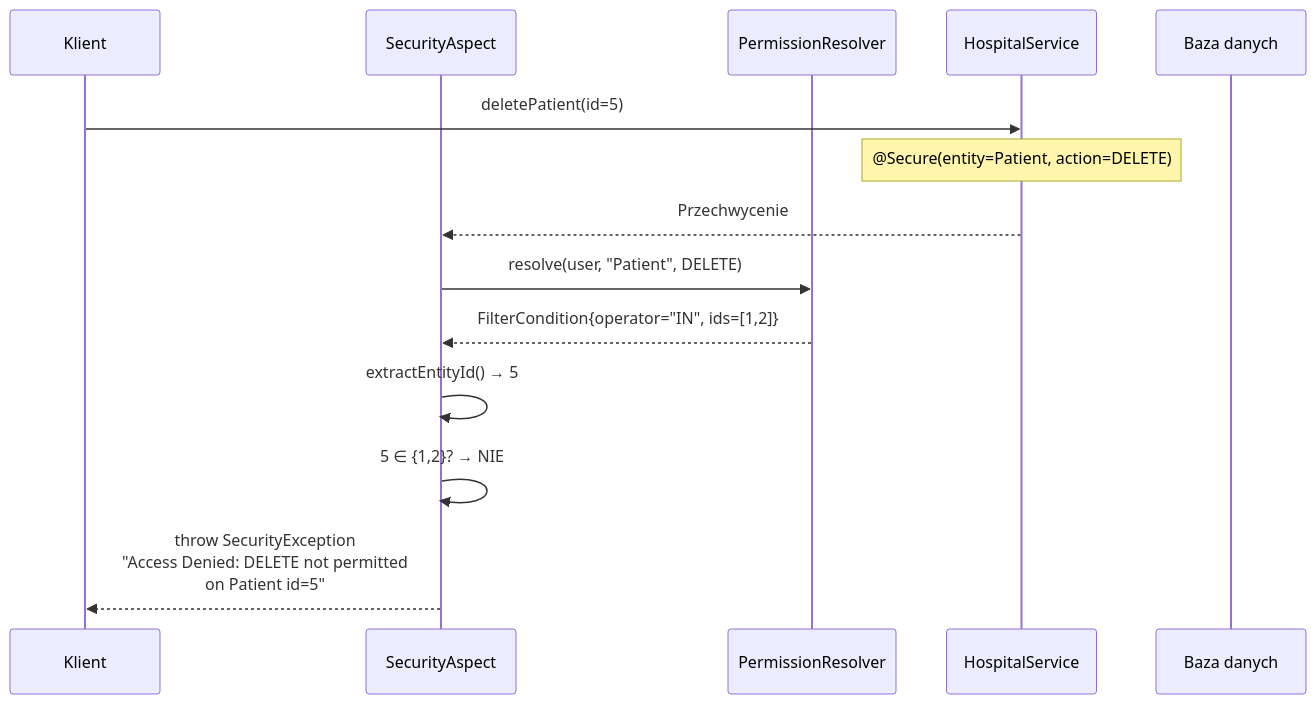
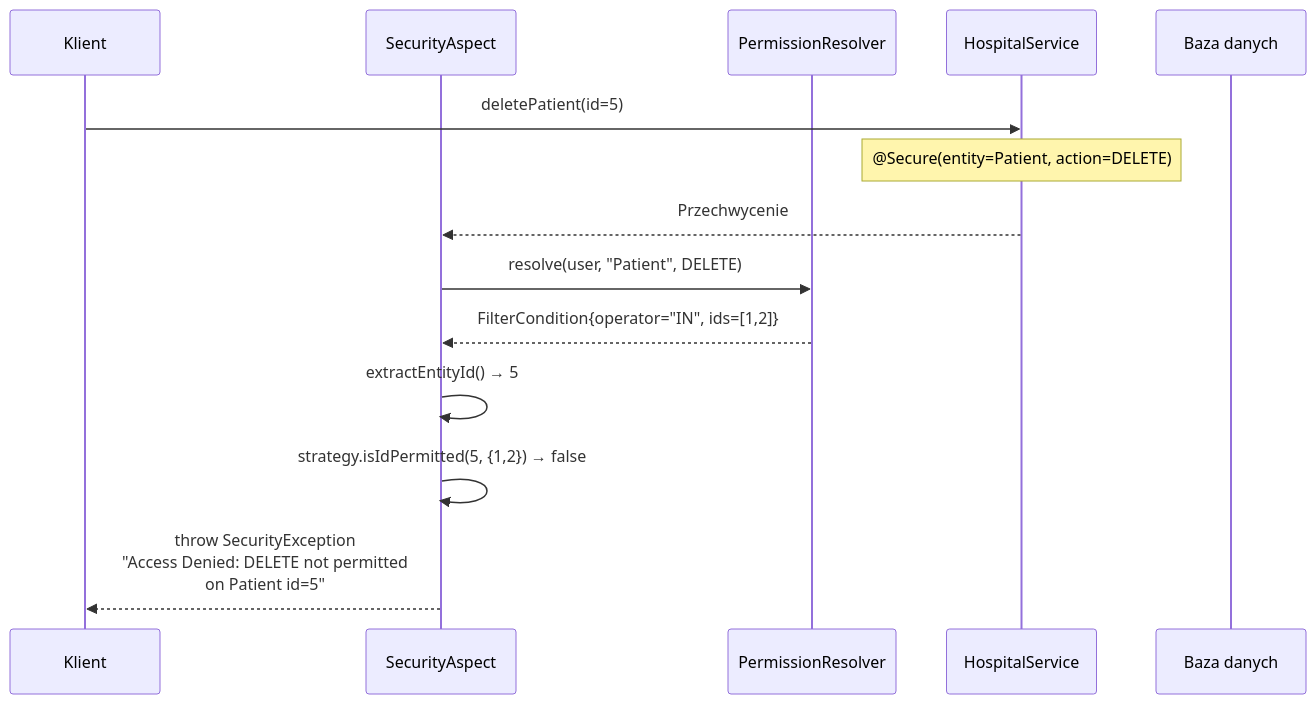
Before and after one commit to BajorskiPatrick/EntityLevelSecurity: the fourth of 10 diagrams in README.md, drawn with Mermaid. The commit also changed other lines of this file and 7 other files, not shown here.

````diff
--- a/README.md
+++ b/README.md
@@ -234,17 +235,17 @@
 ```mermaid
 sequenceDiagram
     participant Client as Klient
     participant Aspect as SecurityAspect
     participant Resolver as PermissionResolver
     participant Service as HospitalService
     participant DB as Baza danych
 
     Client->>Service: deletePatient(id=5)
     Note over Service: @Secure(entity=Patient, action=DELETE)
     Service-->>Aspect: Przechwycenie
     Aspect->>Resolver: resolve(user, "Patient", DELETE)
     Resolver-->>Aspect: FilterCondition{operator="IN", ids=[1,2]}
     Aspect->>Aspect: extractEntityId() → 5
-    Aspect->>Aspect: 5 ∈ {1,2}? → NIE
+    Aspect->>Aspect: strategy.isIdPermitted(5, {1,2}) → false
     Aspect-->>Client: throw SecurityException<br/>"Access Denied: DELETE not permitted<br/>on Patient id=5"
 ```
````
